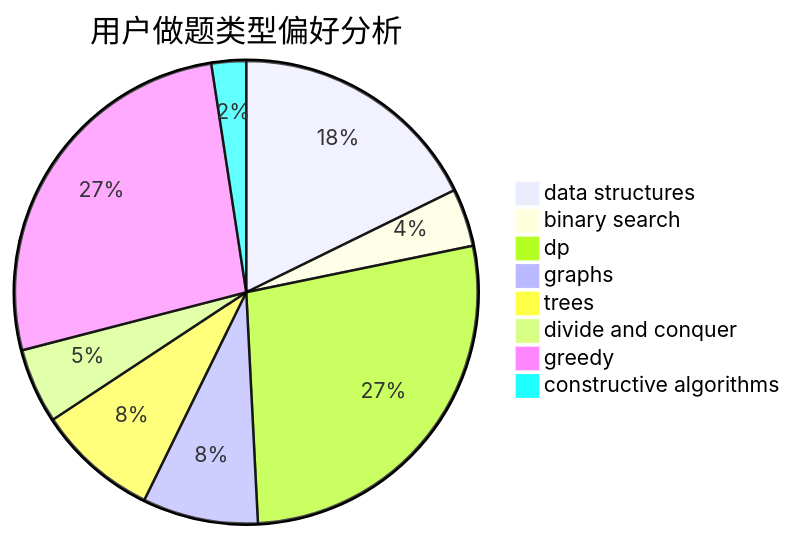
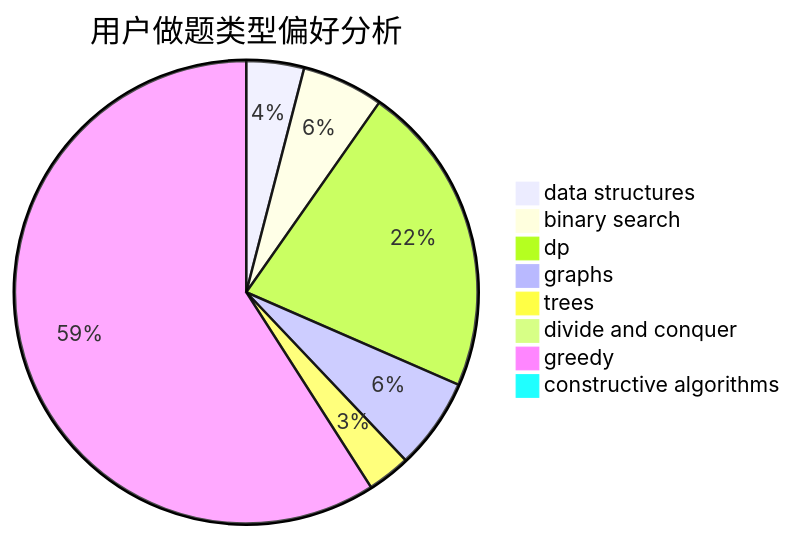
The second of 3 diagrams in docs/user/u1502.md (sherpahu/cfrs.github.io), drawn with Mermaid before and after one commit. The commit also changed other lines of this file and 2770 other files, not shown here.

````diff
--- a/docs/user/u1502.md
+++ b/docs/user/u1502.md
@@ -23,11 +23,11 @@
 ```mermaid
 pie title 用户做题类型偏好分析
-    "data structures" :  44
-    "binary search" :  10
-    "dp" :  68
-    "graphs" :  20
-    "trees" :  21
-    "divide and conquer" :  13
-    "greedy" :  66
-    "constructive algorithms" :  6
+    "data structures" :  12
+    "binary search" :  17
+    "dp" :  65
+    "graphs" :  19
+    "trees" :  9
+    "divide and conquer" :  0
+    "greedy" :  176
+    "constructive algorithms" :  1
 ```
````
